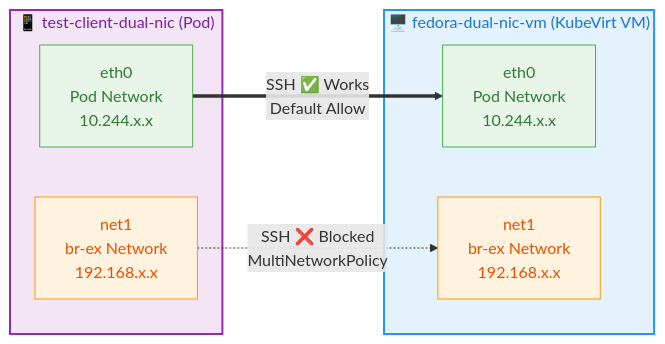
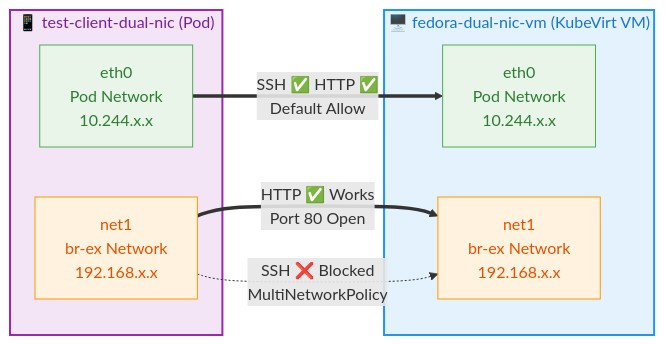
One commit to epheo/multi-network-policies-demo changed the diagram in README.md. Above: the diagram before and after it, drawn with Mermaid. The commit also changed other lines of this file and 3 other files, not shown here.

````diff
--- a/README.md
+++ b/README.md
@@ -10,29 +5,30 @@
 ```mermaid
 graph LR
     %% VM Component with interfaces
     subgraph VM["🖥️ fedora-dual-nic-vm (KubeVirt VM)"]
         VM_ETH0[eth0<br/>Pod Network<br/>10.244.x.x]
         VM_NET1[net1<br/>br-ex Network<br/>192.168.x.x]
     end
     
     %% Client Component with interfaces
     subgraph CLIENT["📱 test-client-dual-nic (Pod)"]
         CLIENT_ETH0[eth0<br/>Pod Network<br/>10.244.x.x]
         CLIENT_NET1[net1<br/>br-ex Network<br/>192.168.x.x]
     end
     
     %% Traffic flows
-    CLIENT_ETH0 ==>|SSH ✅ Works<br/>Default Allow| VM_ETH0
+    CLIENT_ETH0 ==>|SSH ✅ HTTP ✅<br/>Default Allow| VM_ETH0
+    CLIENT_NET1 ==>|HTTP ✅ Works<br/>Port 80 Open| VM_NET1
     CLIENT_NET1 -.->|SSH ❌ Blocked<br/>MultiNetworkPolicy| VM_NET1
     
     %% Styling
     classDef vmStyle fill:#e3f2fd,stroke:#2196f3,stroke-width:2px,color:#1976d2
     classDef clientStyle fill:#f3e5f5,stroke:#9c27b0,stroke-width:2px,color:#7b1fa2
     classDef podInterfaceStyle fill:#e8f5e8,stroke:#4caf50,stroke-width:1px,color:#2e7d32
     classDef brexInterfaceStyle fill:#fff3e0,stroke:#ff9800,stroke-width:1px,color:#e65100
     
     class VM vmStyle
     class CLIENT clientStyle
     class VM_ETH0,CLIENT_ETH0 podInterfaceStyle
     class VM_NET1,CLIENT_NET1 brexInterfaceStyle
 ```
````
